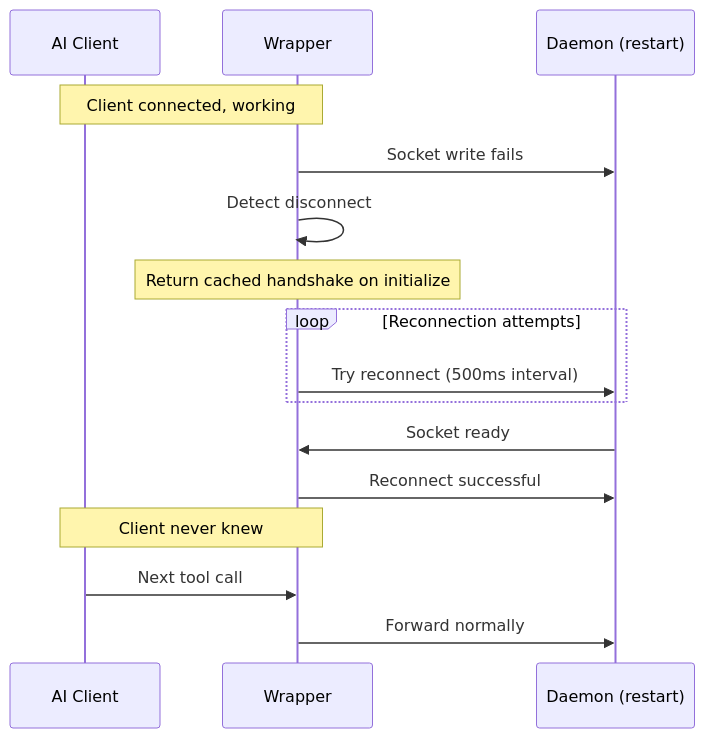
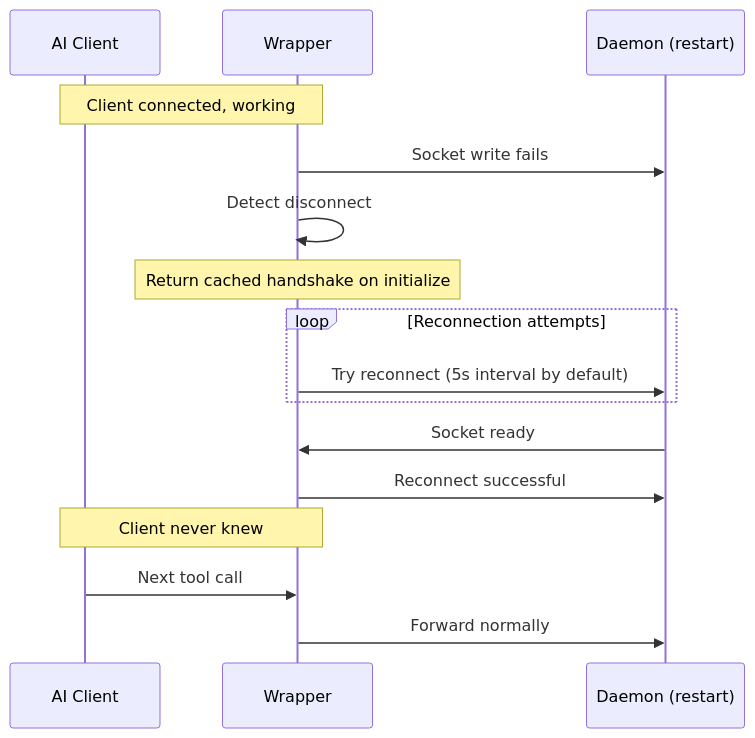
The third of 4 diagrams in docs/project/design/architecture/mcp-layer.md (InstruktAI/TeleClaude), drawn with Mermaid before and after one commit. The commit also changed other lines of this file and 80 other files, not shown here.

````diff
--- a/docs/project/design/architecture/mcp-layer.md
+++ b/docs/project/design/architecture/mcp-layer.md
@@ -90,22 +90,22 @@
 ```mermaid
 sequenceDiagram
     participant AI as AI Client
     participant W as Wrapper
     participant D as Daemon (restart)
 
     Note over AI,W: Client connected, working
     W->>D: Socket write fails
     W->>W: Detect disconnect
     Note over W: Return cached handshake on initialize
 
     loop Reconnection attempts
-        W->>D: Try reconnect (500ms interval)
+        W->>D: Try reconnect (5s interval by default)
     end
 
     D->>W: Socket ready
     W->>D: Reconnect successful
     Note over AI,W: Client never knew
 
     AI->>W: Next tool call
     W->>D: Forward normally
 ```
````
